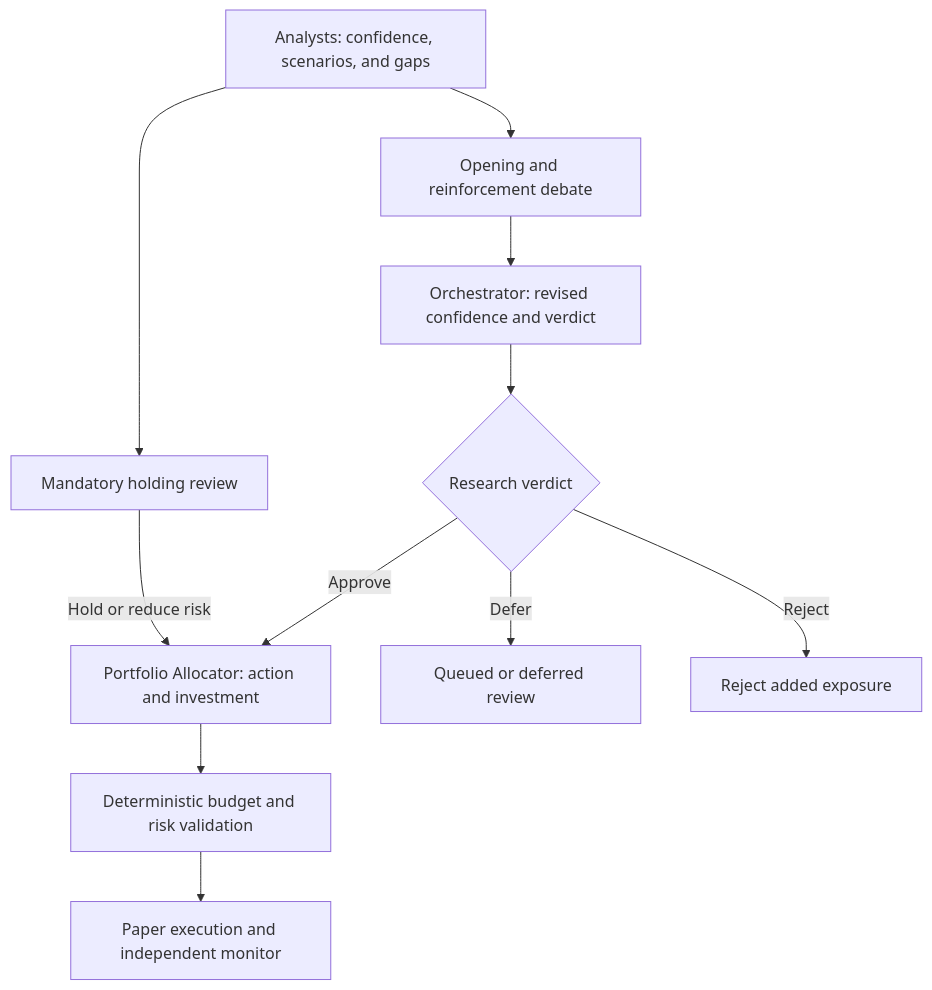
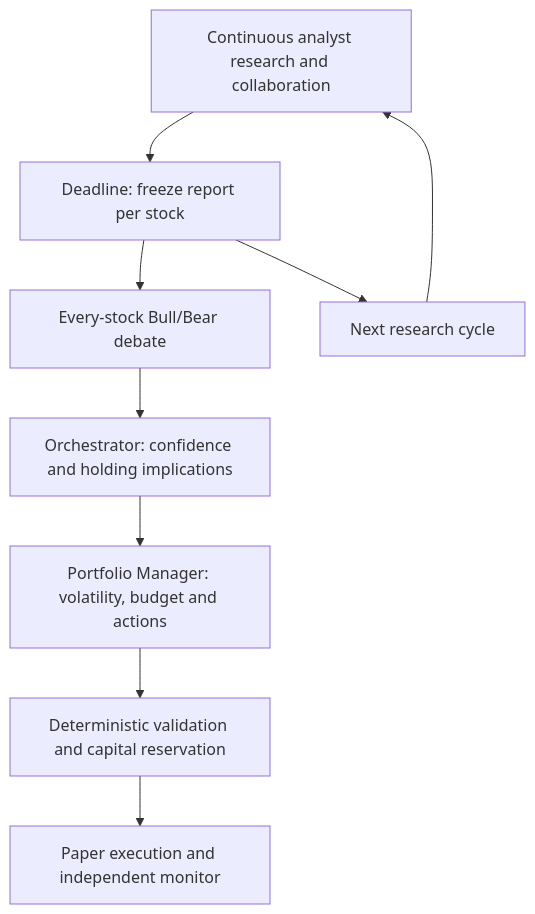
Before and after one commit to JKGiova/agentic-trading-workflow: the diagram in docs/architecture.md, drawn with Mermaid. The commit also changed other lines of this file and 27 other files, not shown here.

Commit message:
docs: specify continuous analyst cycles and portfolio manager handoff

````diff
--- a/docs/architecture.md
+++ b/docs/architecture.md
@@ -22,13 +22,11 @@
 ```mermaid
 flowchart TD
-    A["Analysts: confidence, scenarios, and gaps"] --> H["Mandatory holding review"]
-    A --> B["Opening and reinforcement debate"]
-    B --> O["Orchestrator: revised confidence and verdict"]
-    O --> J{"Research verdict"}
-    J -->|Approve| P["Portfolio Allocator: action and investment"]
-    J -->|Defer| Q["Queued or deferred review"]
-    J -->|Reject| X["Reject added exposure"]
-    H -->|Hold or reduce risk| P
-    P --> R["Deterministic budget and risk validation"]
+    A["Continuous analyst research and collaboration"] --> B["Deadline: freeze report per stock"]
+    B --> C["Every-stock Bull/Bear debate"]
+    B --> N["Next research cycle"]
+    N --> A
+    C --> O["Orchestrator: confidence and holding implications"]
+    O --> P["Portfolio Manager: volatility, budget and actions"]
+    P --> R["Deterministic validation and capital reservation"]
     R --> E["Paper execution and independent monitor"]
 ```
````
